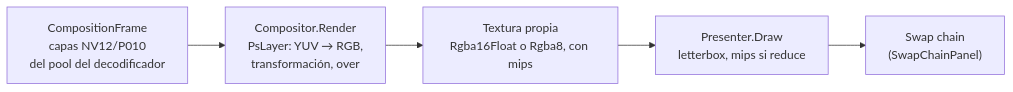
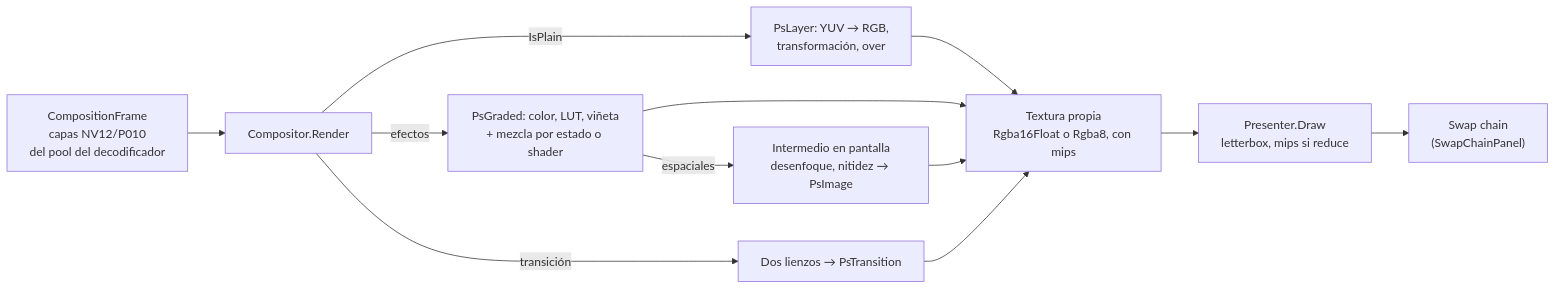
The diagram in docs/arquitectura/render.md (Dathinel/rodaje), drawn with Mermaid before and after one commit. The commit also changed other lines of this file and 2 other files, not shown here.

First line of the commit message:
Render: arquitectura de efectos y sin enumeradores por cuadro

````diff
--- a/docs/arquitectura/render.md
+++ b/docs/arquitectura/render.md
@@ -5,7 +5,11 @@
 ```mermaid
 flowchart LR
-    CF["CompositionFrame<br/>capas NV12/P010<br/>del pool del decodificador"] --> C["Compositor.Render<br/>PsLayer: YUV → RGB,<br/>transformación, over"]
-    C --> T["Textura propia<br/>Rgba16Float o Rgba8, con mips"]
-    T --> P["Presenter.Draw<br/>letterbox, mips si reduce"]
+    CF["CompositionFrame<br/>capas NV12/P010<br/>del pool del decodificador"] --> C["Compositor.Render"]
+    C -->|IsPlain| F["PsLayer: YUV → RGB,<br/>transformación, over"]
+    C -->|efectos| G["PsGraded: color, LUT, viñeta<br/>+ mezcla por estado o shader"]
+    G -->|espaciales| I["Intermedio en pantalla<br/>desenfoque, nitidez → PsImage"]
+    C -->|transición| T["Dos lienzos → PsTransition"]
+    F & G & I & T --> O["Textura propia<br/>Rgba16Float o Rgba8, con mips"]
+    O --> P["Presenter.Draw<br/>letterbox, mips si reduce"]
     P --> SC["Swap chain<br/>(SwapChainPanel)"]
 ```
````
